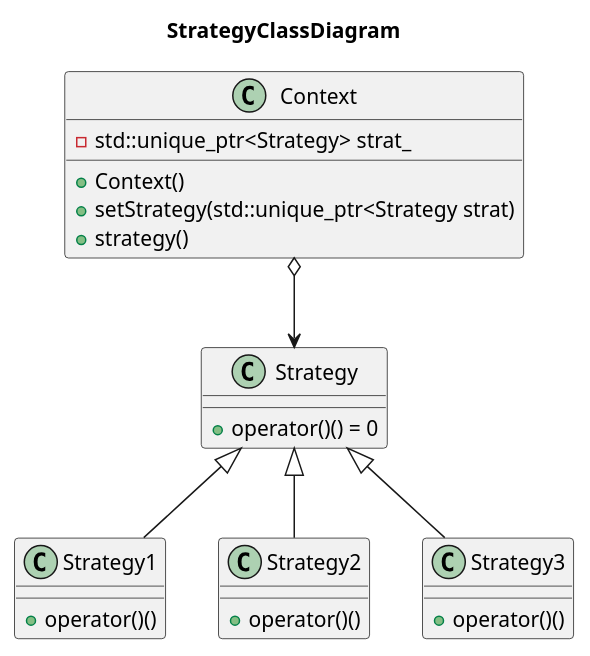
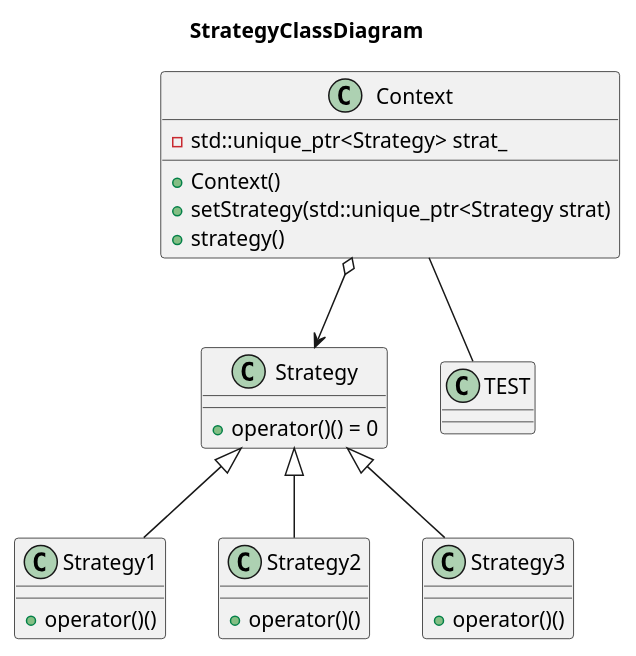
Before and after one commit to LuMoehlenkamp/gitTest: the diagram in docs/src/StrategyClassDiagram.puml, drawn with PlantUML. The commit also changed 3 other files, not shown here.

Commit message:
plantuml workflow test

```diff
--- a/docs/src/StrategyClassDiagram.puml
+++ b/docs/src/StrategyClassDiagram.puml
@@ -1,32 +1,33 @@
 @startuml 
 title StrategyClassDiagram
 
 class Strategy {
   + operator()() = 0
 }
 
 class Strategy1 {
   + operator()()
 }
 
 class Strategy2 {
   + operator()()
 }
 
 class Strategy3 {
   + operator()()
 }
 
 class Context {
   - std::unique_ptr<Strategy> strat_
   + Context()
   + setStrategy(std::unique_ptr<Strategy strat)
   + strategy()
 }
 
 Context o--> Strategy
 Strategy <|-- Strategy1
 Strategy <|-- Strategy2
 Strategy <|-- Strategy3
+Context -- TEST
 
 @enduml
```
